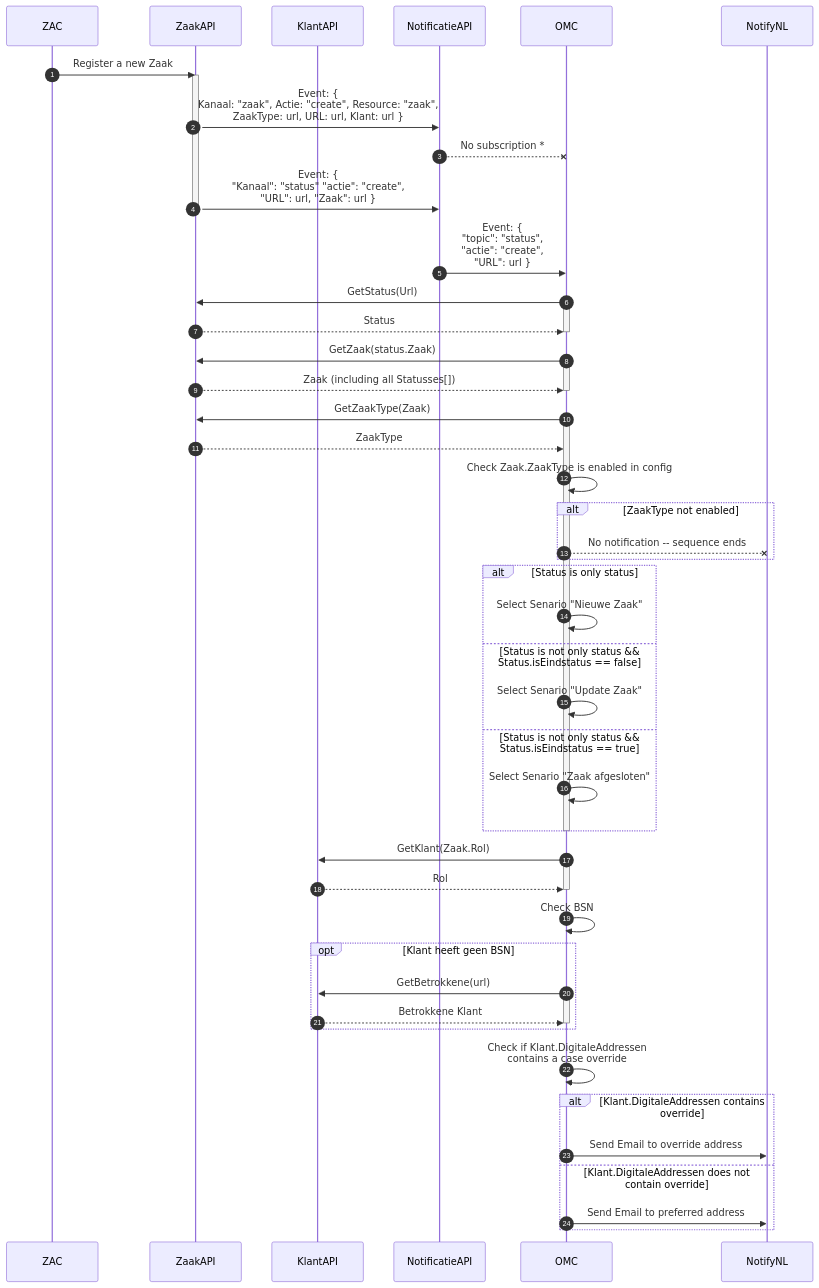
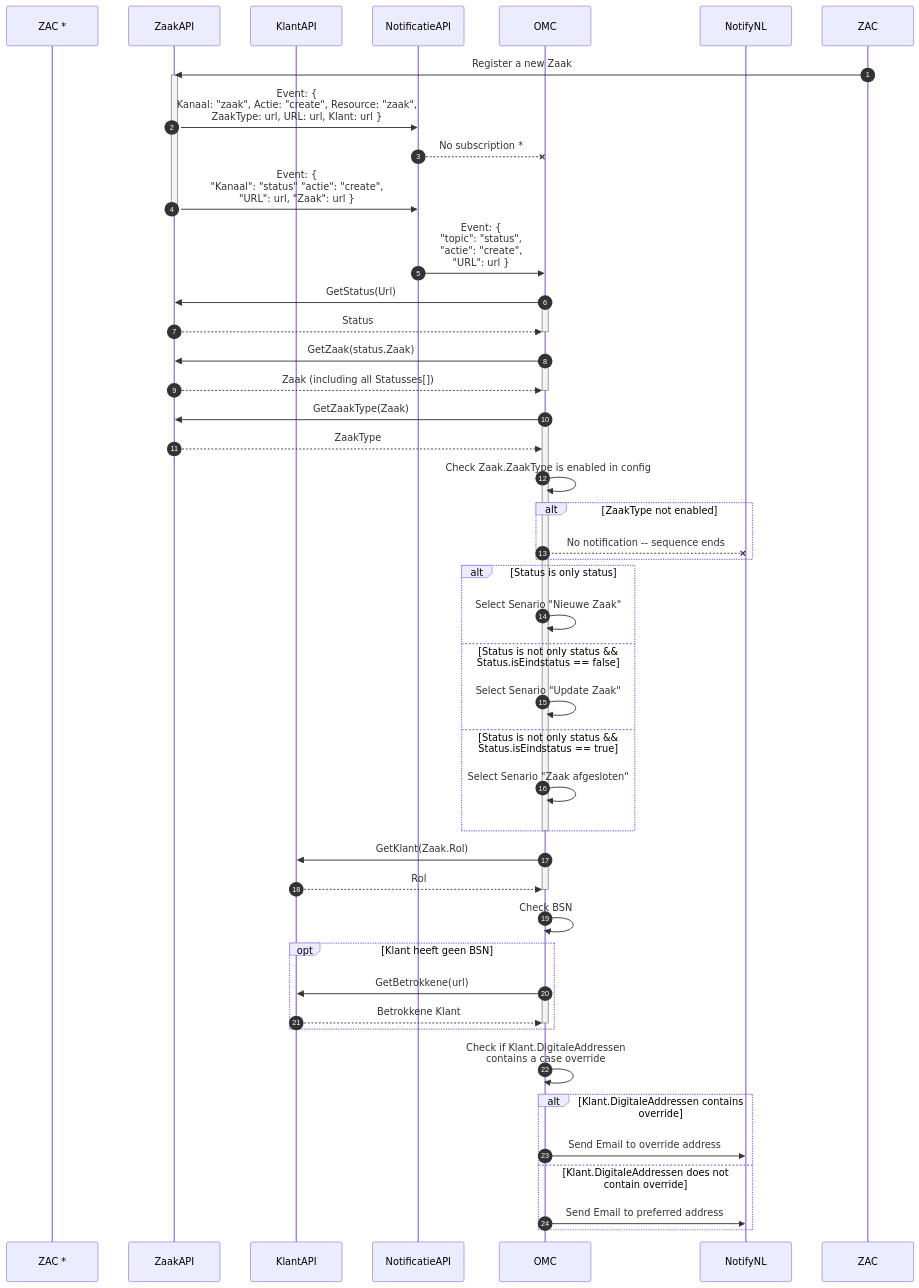
The diagram in Documentation/OMC - ZGW integration.md (Worth-NL/NotifyNL-OMC), drawn with Mermaid before and after one commit.

Commit message:
adds asterix to the proper columns

````diff
--- a/Documentation/OMC - ZGW integration.md
+++ b/Documentation/OMC - ZGW integration.md
@@ -39,69 +39,69 @@
 ```mermaid
 sequenceDiagram
     autonumber
 
-    participant ZAC
+    participant ZAC *
     participant ZaakAPI
     participant KlantAPI
     participant NotificatieAPI
     participant OMC 
     participant NotifyNL
 
     ZAC->>ZaakAPI: Register a new Zaak
 
     activate ZaakAPI
     ZaakAPI->>NotificatieAPI: Event: {<br />Kanaal: "zaak", Actie: "create", Resource: "zaak", <br /> ZaakType: url, URL: url, Klant: url } 
     NotificatieAPI--xOMC: No subscription *
     ZaakAPI->>NotificatieAPI: Event: {<br />"Kanaal": "status" "actie": "create", <br /> "URL": url, "Zaak": url }
     deactivate ZaakAPI
 
     NotificatieAPI->>OMC: Event: {<br /> "topic": "status",<br /> "actie": "create",<br /> "URL": url }
         
     OMC->>ZaakAPI: GetStatus(Url)    
     activate OMC
     ZaakAPI-->>OMC: Status
     deactivate OMC
     
     OMC->>ZaakAPI: GetZaak(status.Zaak)
     activate OMC    
     ZaakAPI-->>OMC: Zaak (including all Statusses[])
     deactivate OMC
 
     OMC->>ZaakAPI: GetZaakType(Zaak)
     activate OMC    
     ZaakAPI-->>OMC: ZaakType
     OMC->>OMC: Check Zaak.ZaakType is enabled in config
 
     alt ZaakType not enabled
     OMC--xNotifyNL: No notification -- sequence ends
     end
     alt Status is only status
     OMC->>OMC: Select Senario "Nieuwe Zaak"
     else Status is not only status && <br/> Status.isEindstatus == false
     OMC->>OMC: Select Senario "Update Zaak"
     else Status is not only status && <br/> Status.isEindstatus == true
     OMC->>OMC: Select Senario "Zaak afgesloten"
     end
     deactivate OMC
     
     OMC->>KlantAPI: GetKlant(Zaak.Rol)
     activate OMC
     KlantAPI-->>OMC: Rol
     deactivate OMC
 
     OMC->>OMC: Check BSN
 
     opt Klant heeft geen BSN
     OMC->>KlantAPI: GetBetrokkene(url)
     activate OMC
     KlantAPI-->>OMC: Betrokkene Klant
     deactivate OMC 
     end
 
     OMC->>OMC: Check if Klant.DigitaleAddressen <br /> contains a case override
     alt Klant.DigitaleAddressen contains override
     OMC->>NotifyNL: Send Email to override address
     else Klant.DigitaleAddressen does not contain override
     OMC->>NotifyNL: Send Email to preferred address
     end
 ```
````
